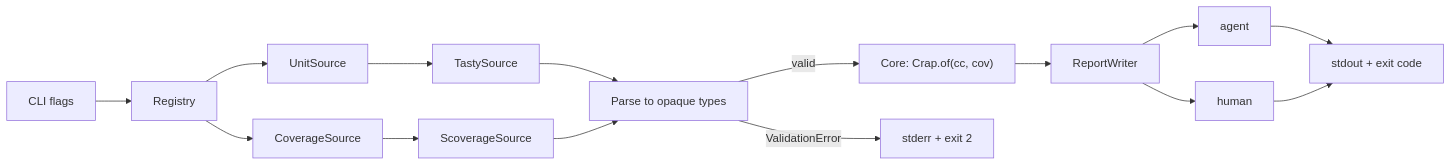
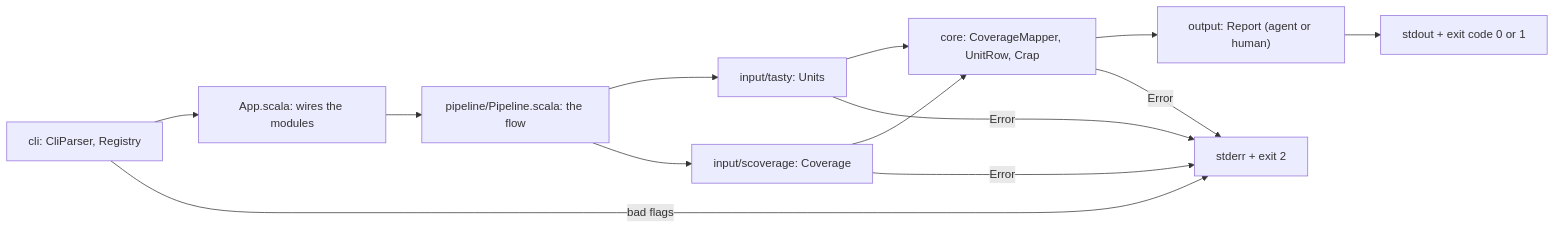
Before and after one commit to tomiwu/crap4s: the diagram in README.md, drawn with Mermaid. The commit also changed 1 other file, not shown here.

Commit message:
RALPH: #67 Docs: diagram matches Pipeline.scala, capability-style rule (#71)
Task: update the README diagram to one box per package or file (cli, App.scala, Pipeline.scala, input/tasty, input/scoverage, core, output) with the stderr + exit 2 error path. Add coding rule 15 (capability style) with an example.

Files changed: README.md, docs/CODING_STANDARDS.md

````diff
--- a/README.md
+++ b/README.md
@@ -48,17 +48,15 @@
 ```mermaid
 flowchart LR
-  CLI[CLI flags] --> REG[Registry]
-  REG --> US[UnitSource]
-  REG --> CS[CoverageSource]
-  US --> T[TastySource]
-  CS --> S[ScoverageSource]
-  T --> P[Parse to opaque types]
-  S --> P
-  P -- valid --> CORE["Core: Crap.of(cc, cov)"]
-  P -- ValidationError --> ERR[stderr + exit 2]
-  CORE --> RW[ReportWriter]
-  RW --> AG[agent]
-  RW --> HU[human]
-  AG --> OUT[stdout + exit code]
-  HU --> OUT
+  CLI["cli: CliParser, Registry"] --> APP["App.scala: wires the modules"]
+  APP --> PL["pipeline/Pipeline.scala: the flow"]
+  PL --> TASTY["input/tasty: Units"]
+  PL --> SCOV["input/scoverage: Coverage"]
+  TASTY --> CORE["core: CoverageMapper, UnitRow, Crap"]
+  SCOV --> CORE
+  CORE --> OUT["output: Report (agent or human)"]
+  OUT --> STD[stdout + exit code 0 or 1]
+  CLI -- bad flags --> ERR[stderr + exit 2]
+  TASTY -- Error --> ERR
+  SCOV -- Error --> ERR
+  CORE -- Error --> ERR
 ```
````
